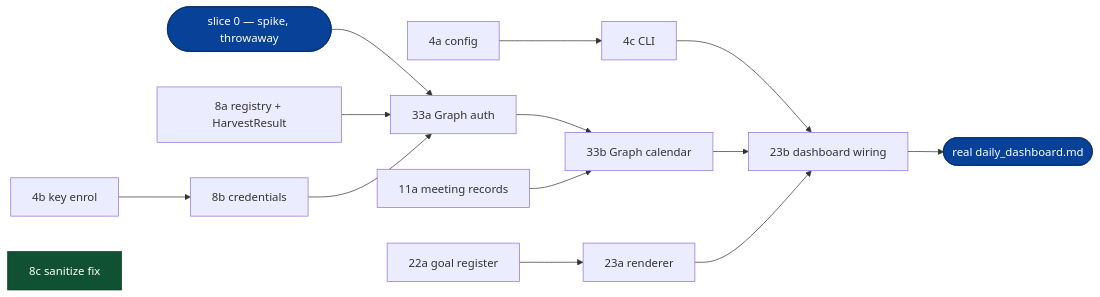
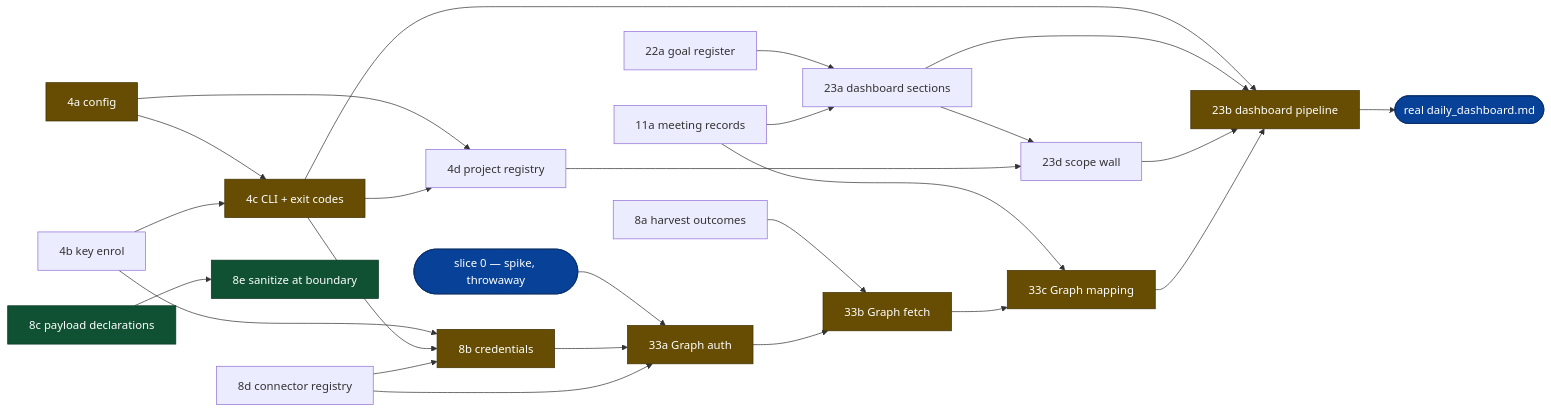
One commit to aramaniuk/pm-ai changed the third of 3 diagrams in _bmad-output/implementation-artifacts/prototype-path-2026-09-01.md. Above: the diagram before and after it, drawn with Mermaid. The commit also changed other lines of this file and 3 other files, not shown here.

````diff
--- a/_bmad-output/implementation-artifacts/prototype-path-2026-09-01.md
+++ b/_bmad-output/implementation-artifacts/prototype-path-2026-09-01.md
@@ -250,35 +250,54 @@
 ```mermaid
 flowchart LR
+    s0(["slice 0 — spike, throwaway"])
     s4a["4a config"]
     s4b["4b key enrol"]
-    s4c["4c CLI"]
-    s8a["8a registry + HarvestResult"]
+    s4c["4c CLI + exit codes"]
+    s4d["4d project registry"]
+    s8a["8a harvest outcomes"]
+    s8d["8d connector registry"]
     s8b["8b credentials"]
-    s8c["8c sanitize fix"]
+    s8c["8c payload declarations"]
+    s8e["8e sanitize at boundary"]
     s11a["11a meeting records"]
+    s22a["22a goal register"]
     s33a["33a Graph auth"]
-    s33b["33b Graph calendar"]
-    s22a["22a goal register"]
-    s23a["23a renderer"]
-    s23b["23b dashboard wiring"]
+    s33b["33b Graph fetch"]
+    s33c["33c Graph mapping"]
+    s23a["23a dashboard sections"]
+    s23d["23d scope wall"]
+    s23b["23b dashboard pipeline"]
     done(["real daily_dashboard.md"])
 
-    s0(["slice 0 — spike, throwaway"]) --> s33a
-
+    s0 --> s33a
     s4a --> s4c
+    s4b --> s4c
+    s4a --> s4d
+    s4c --> s4d
     s4b --> s8b
+    s4c --> s8b
+    s8d --> s8b
+    s8b --> s33a
+    s8d --> s33a
+    s8a --> s33b
+    s33a --> s33b
+    s11a --> s33c
+    s33b --> s33c
+    s8c --> s8e
+    s22a --> s23a
+    s11a --> s23a
+    s23a --> s23d
+    s4d --> s23d
     s4c --> s23b
-    s8a --> s33a
-    s8b --> s33a
-    s33a --> s33b
-    s11a --> s33b
-    s33b --> s23b
-    s22a --> s23a
     s23a --> s23b
+    s23d --> s23b
+    s33c --> s23b
     s23b --> done
 
-    classDef ind fill:#0f5132,stroke:#0a3622,color:#ffffff
+    classDef crit fill:#664d03,stroke:#413003,color:#ffffff
+    classDef island fill:#0f5132,stroke:#0a3622,color:#ffffff
     classDef goal fill:#084298,stroke:#052c65,color:#ffffff
-    class s8c ind
+    class s4a,s4c,s8b,s33a,s33b,s33c,s23b crit
+    class s8c,s8e island
     class done,s0 goal
 ```
````
